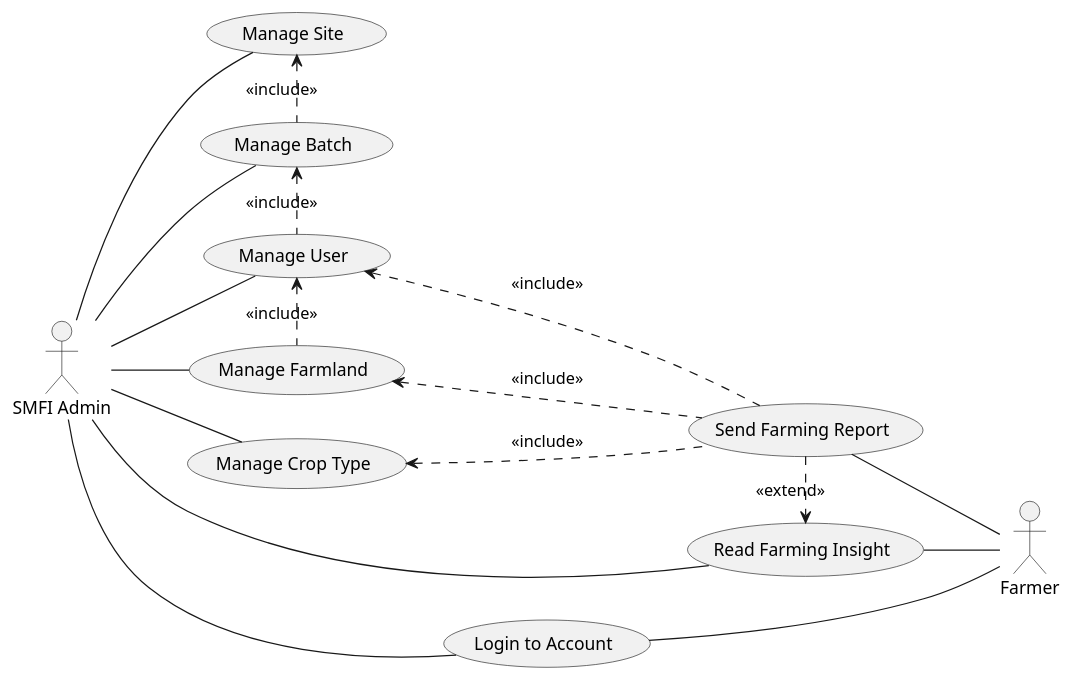
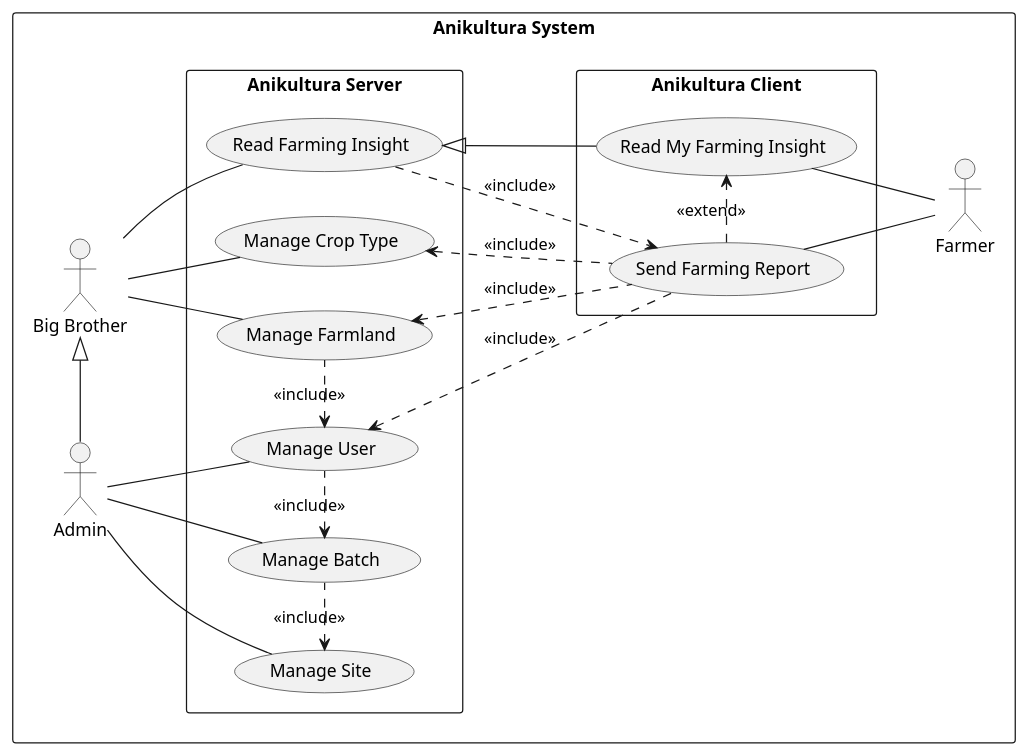
The diagram in plantuml/proposed/usecase copy.wsd (radical-doubting/anikultura-diagrams), drawn with PlantUML before and after one commit.

Commit message:
Finalized usecase diagram

```diff
--- a/plantuml/proposed/usecase copy.wsd
+++ b/plantuml/proposed/usecase copy.wsd
@@ -1,58 +1,65 @@
 @startuml
 
 left to right direction
 
-actor "SMFI Admin" as admin
-actor "Farmer" as farmer
+rectangle "Anikultura System" {
+    actor "Big Brother" as bigbro
+    actor "Admin" as admin
+    actor "Farmer" as farmer
 
+    rectangle "Anikultura Server" {
+        usecase "Manage User" as AD1
+        usecase "Manage Batch" as AD2
+        usecase "Manage Farmland" as AD3
+        usecase "Manage Crop Type" as AD4
+        usecase "Manage Site" as AD5
+        usecase "Read Farming Insight" as FD3
+        ' usecase "Authenticate" as C1.1
+    }
 
-usecase "Manage User" as AD1
-usecase "Manage Batch" as AD2
-usecase "Manage Farmland" as AD3
-usecase "Manage Crop Type" as AD4
-usecase "Manage Site" as AD5
-
-usecase "Send Farming Report" as FD1
-usecase "Read Farming Insight" as FD2
-usecase "Login to Account" as C1.1
-
+    rectangle "Anikultura Client" {
+        usecase "Send Farming Report" as FD1
+        usecase "Read My Farming Insight" as FD2
+    }
+}
 
 ' Admin Usecases
 
 admin -- AD1
 admin -- AD2
-admin -- AD3
+bigbro -- AD3
+bigbro -- AD4
+admin -- AD5
 
-admin -- AD4
-admin -- AD5
+admin -|> bigbro
+
+' AD1 ..> C1.1 : <<include>>
+' AD2 ..> C1.1 : <<include>>
+' AD3 ..> C1.1 : <<include>>
+' AD4 ..> C1.1 : <<include>>
+' AD5 ..> C1.1 : <<include>>
+
 
 ' Usecase Dependencies
 
 AD5 <. AD2 : <<include>>
 AD2 <. AD1 : <<include>>
 AD1 <. AD3 : <<include>>
 
+' Farming Report to Manage Dependencies
 AD1 <.. FD1 : <<include>>
 AD3 <.. FD1 : <<include>>
 AD4 <.. FD1 : <<include>>
 
-' Farmer Usecases
+' Farming Insight
+bigbro -- FD3
+FD3 <|-- FD2
+FD3 ..> FD1 : <<include>>
 
-
-
-admin -- FD2
 FD1 -- farmer
+FD2 -- farmer
 
 FD1 .> FD2 : <<extend>>
 
-' AD1.2 -- farmer
-' AD2.2 -- farmer
-' AD3.2 -- farmer
-' AD4.2 -- farmer
-' AD5.2 -- farmer
-FD2 -- farmer
-
-admin -- C1.1
-C1.1 -- farmer
 
 @enduml
```
